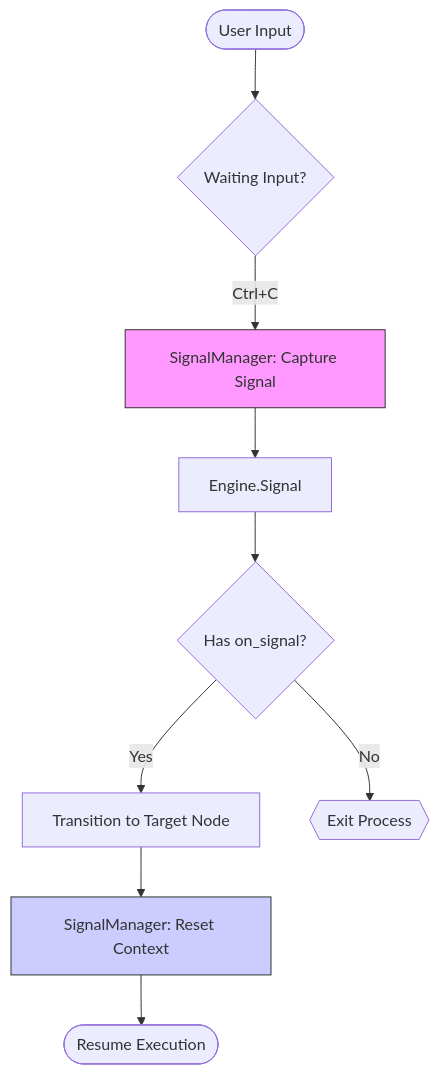
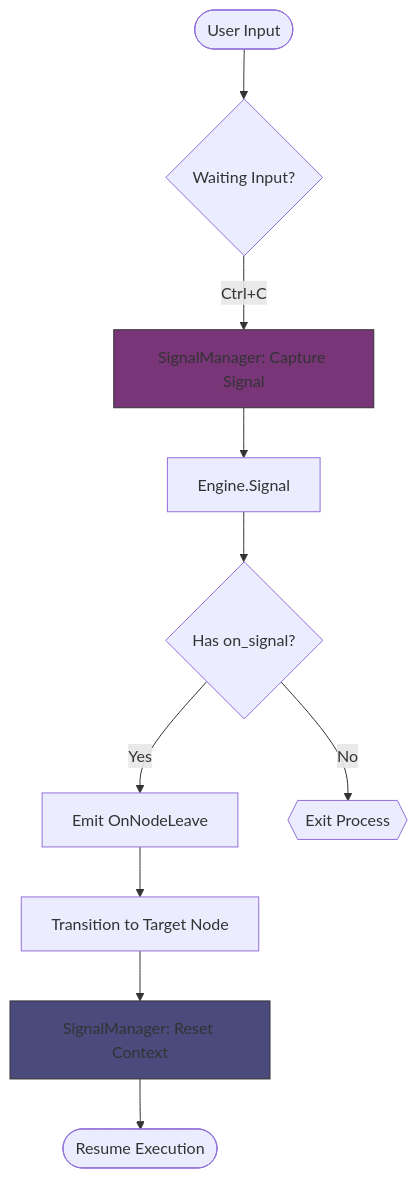
The seventh of 8 diagrams in docs/TECHNICAL.md (aretw0/trellis), drawn with Mermaid before and after one commit. The commit also changed other lines of this file, not shown here.

First line of the commit message:
docs: technical diagrams update

````diff
--- a/docs/TECHNICAL.md
+++ b/docs/TECHNICAL.md
@@ -459,16 +458,18 @@
 ```mermaid
 flowchart TD
     Start([User Input]) --> Wait{Waiting Input?}
     Wait -- Ctrl+C --> Sig[SignalManager: Capture Signal]
     Sig --> Engine[Engine.Signal]
     
     Engine --> Handled{Has on_signal?}
-    Handled -- Yes --> Transition[Transition to Target Node]
+    Handled -- Yes --> Leave[Emit OnNodeLeave]
+    Leave --> Transition[Transition to Target Node]
+    
     Transition --> Reset[SignalManager: Reset Context]
     Reset --> Resume([Resume Execution])
     
     Handled -- No --> Exit{{Exit Process}}
     
-    style Sig fill:#f9f,stroke:#333
-    style Reset fill:#ccf,stroke:#333
+    style Sig fill:#783578,stroke:#333
+    style Reset fill:#4a4a7d,stroke:#333
 ```
````
